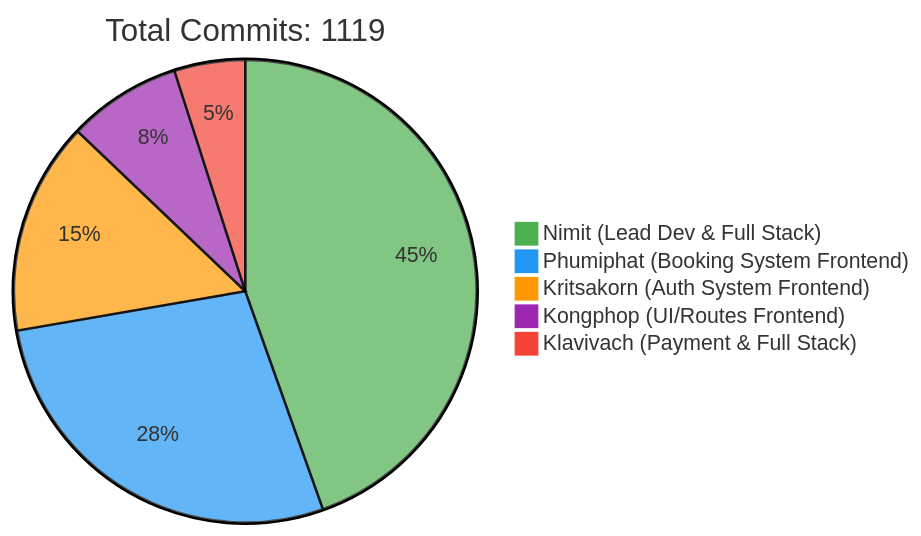
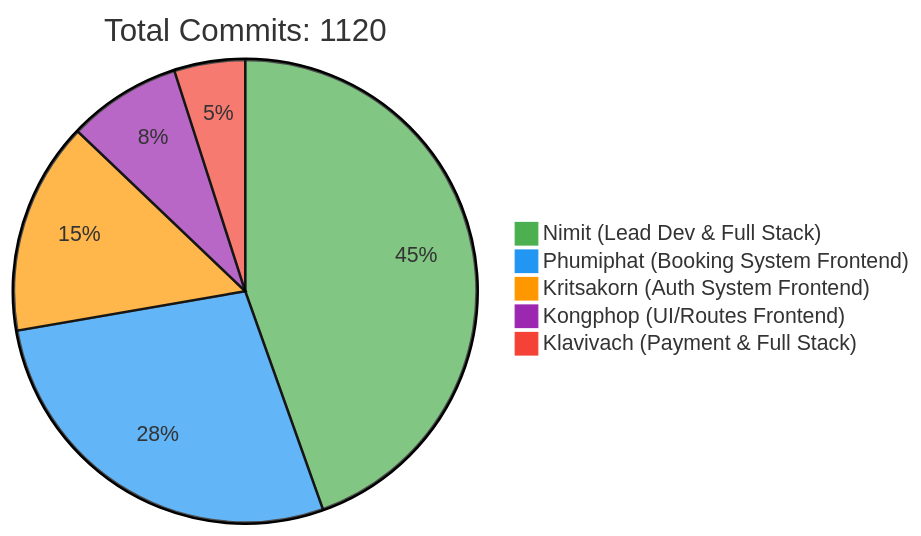
One commit to 6531503042/Sport-Complex changed the first of 2 diagrams in README.md. Above: the diagram before and after it, drawn with Mermaid. The commit also changed other lines of this file, not shown here.

Commit message:
docs: Update contributor statistics [skip ci]

````diff
--- a/README.md
+++ b/README.md
@@ -257,10 +257,10 @@
 ```mermaid
 %%{init: {'theme': 'base', 'themeVariables': { 'pie1': '#4CAF50', 'pie2': '#2196F3', 'pie3': '#FF9800', 'pie4': '#9C27B0', 'pie5': '#F44336'}}}%%
 pie
-    title Total Commits: 1119
+    title Total Commits: 1120
     "Nimit (Lead Dev & Full Stack)" : 450
     "Phumiphat (Booking System Frontend)" : 280
     "Kritsakorn (Auth System Frontend)" : 150
     "Kongphop (UI/Routes Frontend)" : 80
     "Klavivach (Payment & Full Stack)" : 50
 ```
````
